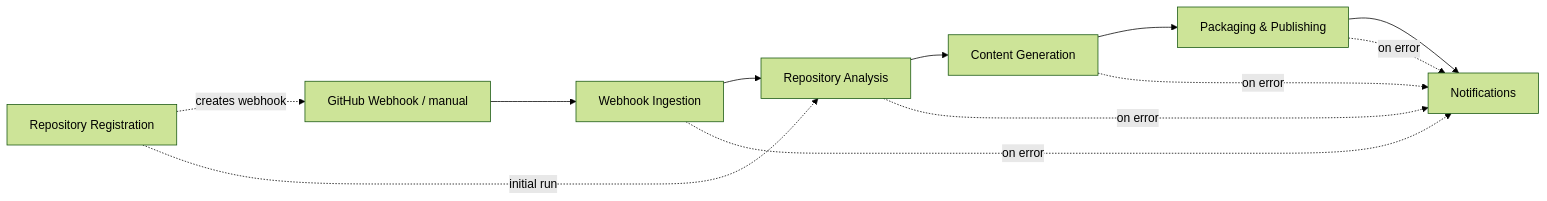
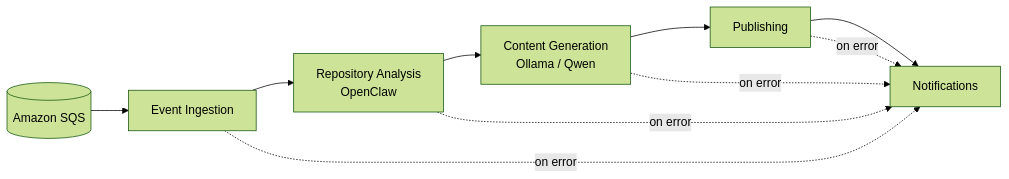
One commit to teddynted/ai-github-repository-blog-generator changed the first of 6 diagrams in docs/workflows.md. Above: the diagram before and after it, drawn with Mermaid (forest theme). The commit also changed other lines of this file and 12 other files, not shown here.

First line of the commit message:
docs: pivot to self-hosted OpenClaw + Ollama + EC2 Spot architecture

````diff
--- a/docs/workflows.md
+++ b/docs/workflows.md
@@ -28,14 +27,12 @@
 ```mermaid
 flowchart LR
-    REG[Repository Registration] -.creates webhook.-> T
-    T[GitHub Webhook / manual] --> I[Webhook Ingestion]
-    I --> A[Repository Analysis]
-    A --> G[Content Generation]
-    G --> P[Packaging & Publishing]
+    SQS[(Amazon SQS)] --> I[Event Ingestion]
+    I --> A[Repository Analysis<br/>OpenClaw]
+    A --> G[Content Generation<br/>Ollama / Qwen]
+    G --> P[Publishing]
     P --> N[Notifications]
-    REG -.initial run.-> A
     I -. on error .-> N
     A -. on error .-> N
     G -. on error .-> N
     P -. on error .-> N
 ```
````
